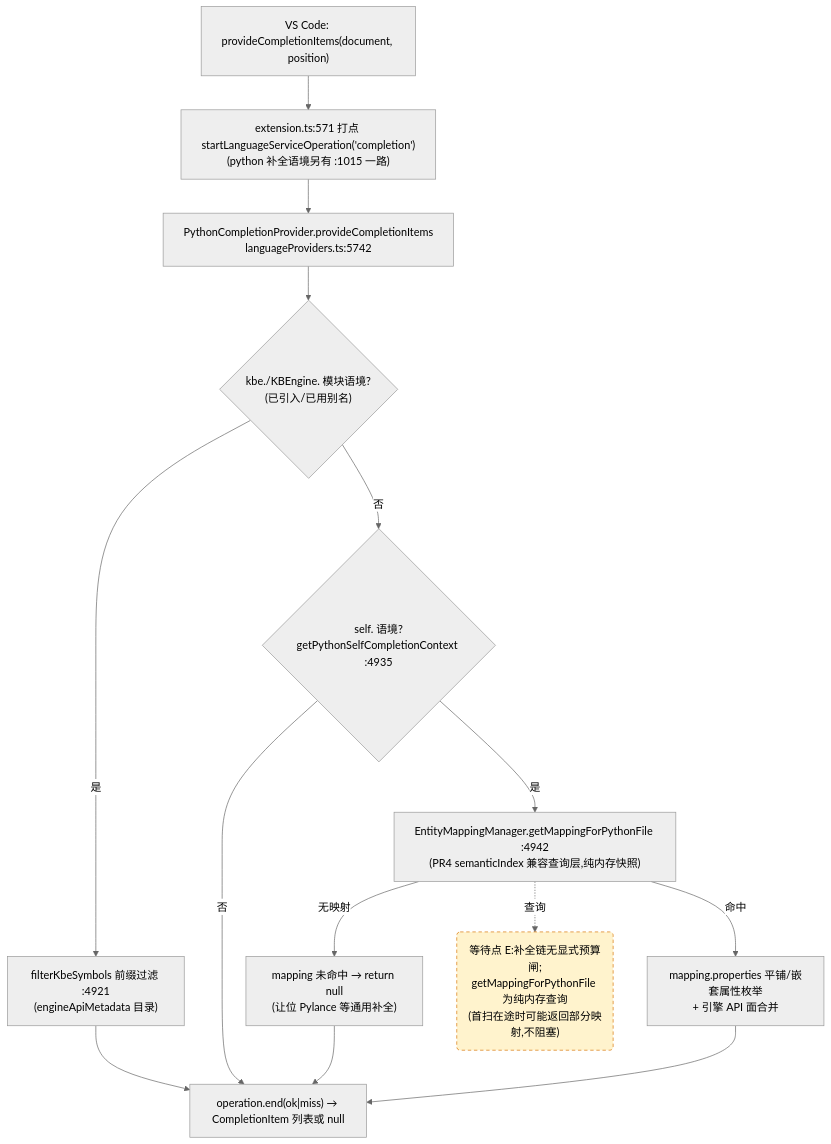
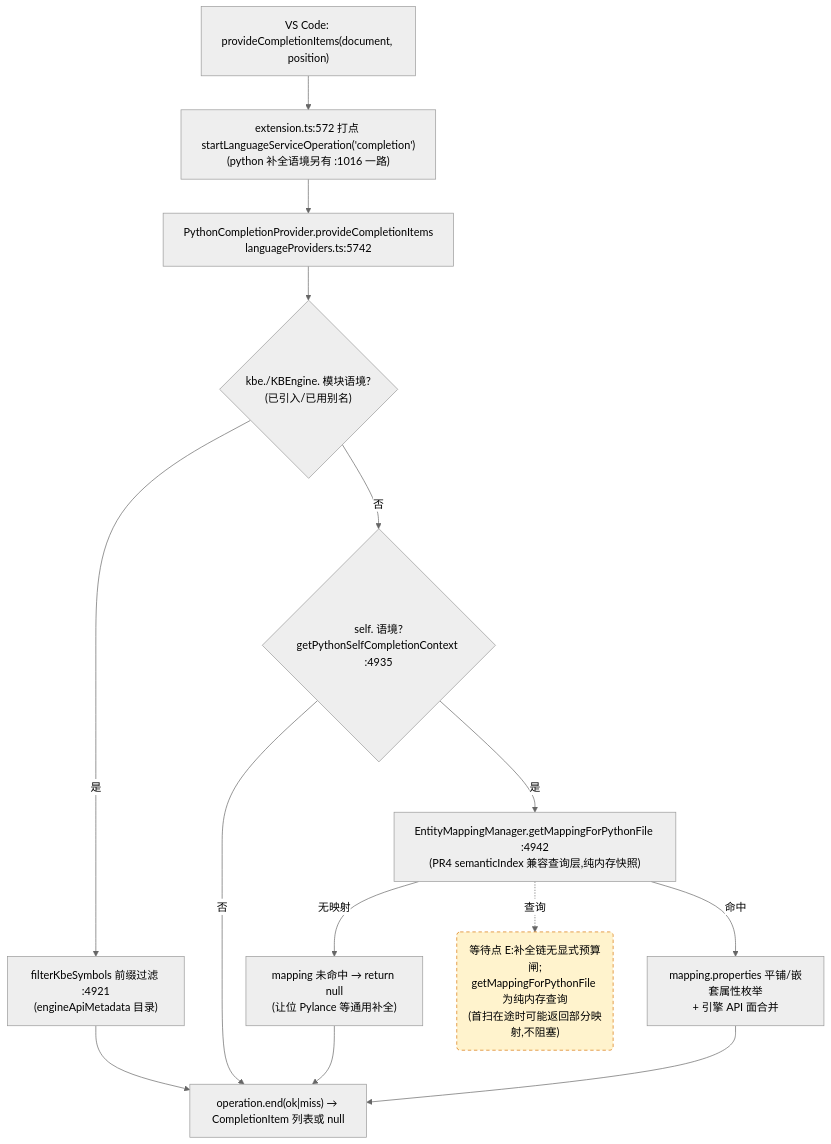
The third of 4 diagrams in docs/perf/2026-baseline.md (cuihairu/kode), drawn with Mermaid (neutral theme) before and after one commit. The commit also changed other lines of this file and 12 other files, not shown here.

````diff
--- a/docs/perf/2026-baseline.md
+++ b/docs/perf/2026-baseline.md
@@ -184,27 +184,27 @@
 ```mermaid
 flowchart TD
   VC3["VS Code: provideCompletionItems(document, position)"]
-  M3["extension.ts:571 打点 startLanguageServiceOperation('completion')<br/>(python 补全语境另有 :1015 一路)"]
+  M3["extension.ts:572 打点 startLanguageServiceOperation('completion')<br/>(python 补全语境另有 :1016 一路)"]
   CP["PythonCompletionProvider.provideCompletionItems<br/>languageProviders.ts:5742"]
   KBEC{"kbe./KBEngine. 模块语境?<br/>(已引入/已用别名)"}
   FILTER["filterKbeSymbols 前缀过滤 :4921<br/>(engineApiMetadata 目录)"]
   SELFC{"self. 语境?<br/>getPythonSelfCompletionContext :4935"}
   MAP["EntityMappingManager.getMappingForPythonFile :4942<br/>(PR4 semanticIndex 兼容查询层,纯内存快照)"]
   NOMAP["mapping 未命中 → return null<br/>(让位 Pylance 等通用补全)"]
   PROPS["mapping.properties 平铺/嵌套属性枚举<br/>+ 引擎 API 面合并"]
   END3["operation.end(ok|miss) → CompletionItem 列表或 null"]
 
   VC3 --> M3 --> CP --> KBEC
   KBEC -- "是" --> FILTER --> END3
   KBEC -- "否" --> SELFC
   SELFC -- "否" --> END3
   SELFC -- "是" --> MAP
   MAP -- "无映射" --> NOMAP --> END3
   MAP -- "命中" --> PROPS --> END3
 
   WAITE("等待点 E:补全链无显式预算闸;<br/>getMappingForPythonFile 为纯内存查询<br/>(首扫在途时可能返回部分映射,不阻塞)")
   MAP -.->|查询| WAITE
 
   classDef waitPoint fill:#fff3cd,stroke:#d97706,stroke-dasharray:5 4;
   class WAITE waitPoint;
 ```
````
